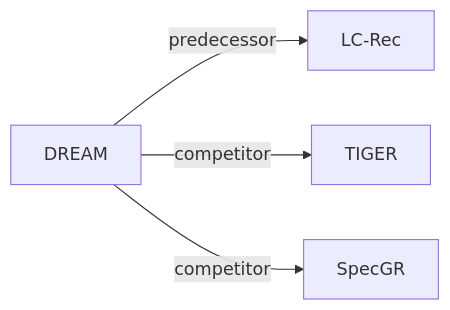
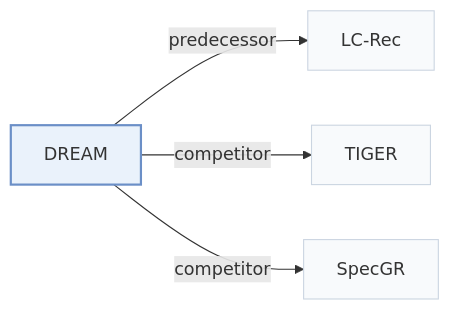
One commit to Galaxy-ghost/Awesome-SID-Generative-Rec changed the second of 2 diagrams in pages/papers/dream.md. Above: the diagram before and after it, drawn with Mermaid. The commit also changed other lines of this file and 649 other files, not shown here.

Commit message:
writer-05: also tags and modality index (schema, check, build, visuals); summary field removed; calibration data for 12 papers

````diff
--- a/pages/papers/dream.md
+++ b/pages/papers/dream.md
@@ -69,7 +74,11 @@
 ```mermaid
 flowchart LR
     P["DREAM"]
-    P -->|predecessor| A["LC-Rec"]
-    P -->|competitor| B["TIGER"]
-    P -->|competitor| C["SpecGR"]
+    P -->|"predecessor"| A["LC-Rec"]
+    P -->|"competitor"| B["TIGER"]
+    P -->|"competitor"| C["SpecGR"]
+    classDef main fill:#eaf2fb,stroke:#6b8fc7,stroke-width:2px
+    classDef peer fill:#f8fafc,stroke:#cbd5e1
+    class P main
+    class A,B,C peer
 ```
````
